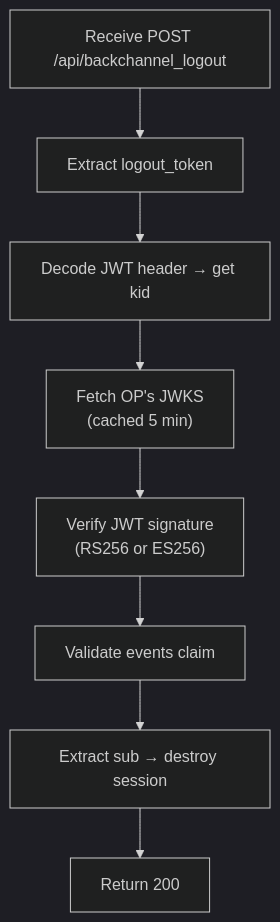
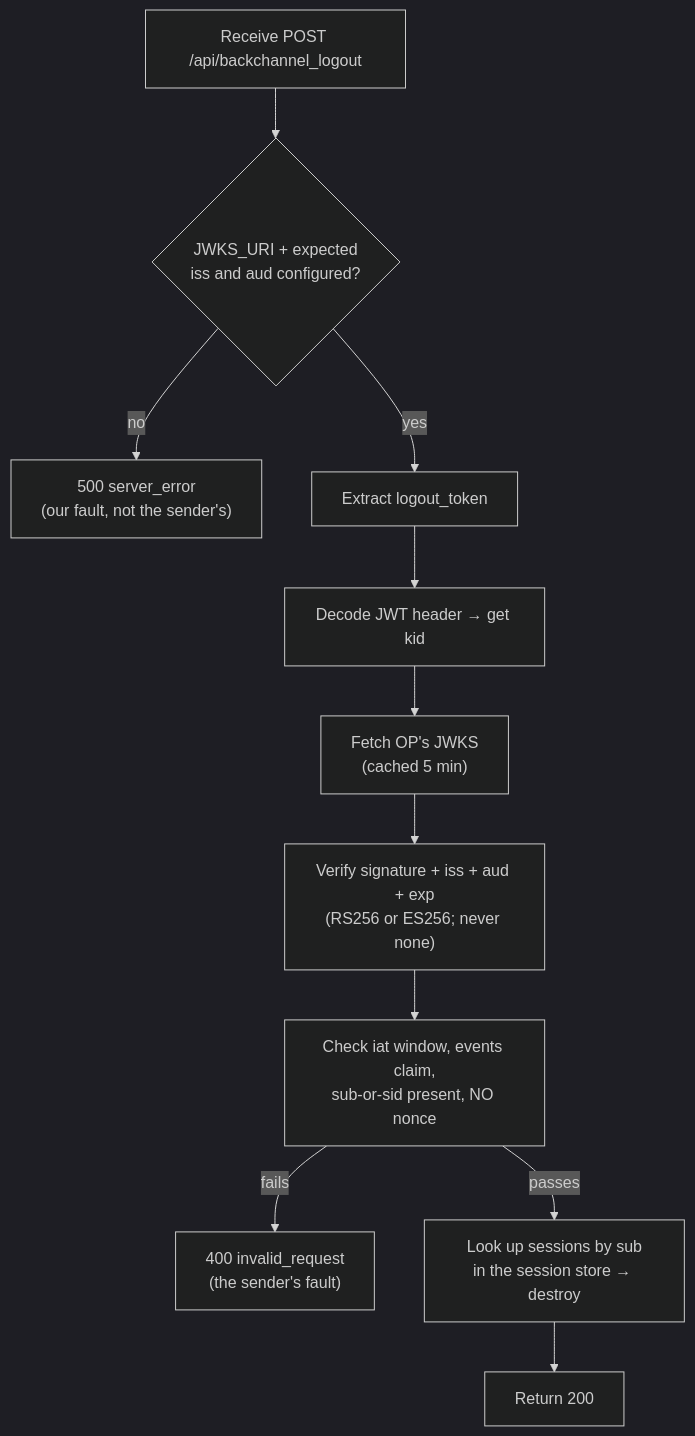
One commit to blackadi/OAUTH2.0 changed the fifth of 6 diagrams in docs/BACKCHANNEL-LOGOUT-TUTORIAL.md. Above: the diagram before and after it, drawn with Mermaid. The commit also changed other lines of this file and 24 other files, not shown here.

````diff
--- a/docs/BACKCHANNEL-LOGOUT-TUTORIAL.md
+++ b/docs/BACKCHANNEL-LOGOUT-TUTORIAL.md
@@ -321,14 +321,21 @@
 ```mermaid
 %%{init: {'theme': 'dark'}}%%
 flowchart TB
     Receive["Receive POST /api/backchannel_logout"]
+    Config{"JWKS_URI + expected<br/>iss and aud configured?"}
+    Cfg500["500 server_error<br/>(our fault, not the sender's)"]
     Extract["Extract logout_token"]
     Decode["Decode JWT header → get kid"]
     JWKS["Fetch OP's JWKS<br/>(cached 5 min)"]
-    Verify["Verify JWT signature<br/>(RS256 or ES256)"]
-    Validate["Validate events claim"]
-    Session["Extract sub → destroy session"]
+    Verify["Verify signature + iss + aud + exp<br/>(RS256 or ES256; never none)"]
+    Claims["Check iat window, events claim,<br/>sub-or-sid present, NO nonce"]
+    Bad400["400 invalid_request<br/>(the sender's fault)"]
+    Session["Look up sessions by sub<br/>in the session store → destroy"]
     OK["Return 200"]
 
-    Receive --> Extract --> Decode --> JWKS --> Verify --> Validate --> Session --> OK
+    Receive --> Config
+    Config -- no --> Cfg500
+    Config -- yes --> Extract --> Decode --> JWKS --> Verify --> Claims
+    Claims -- fails --> Bad400
+    Claims -- passes --> Session --> OK
 ```
````
